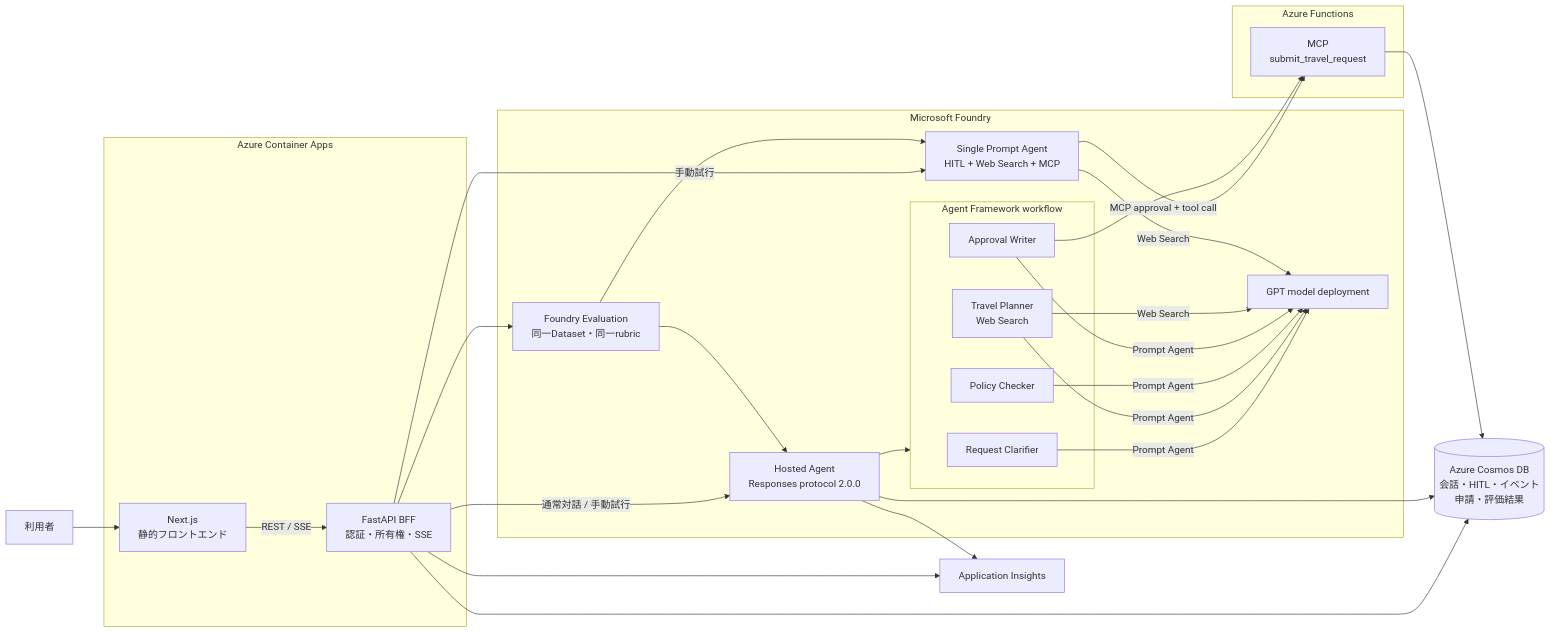
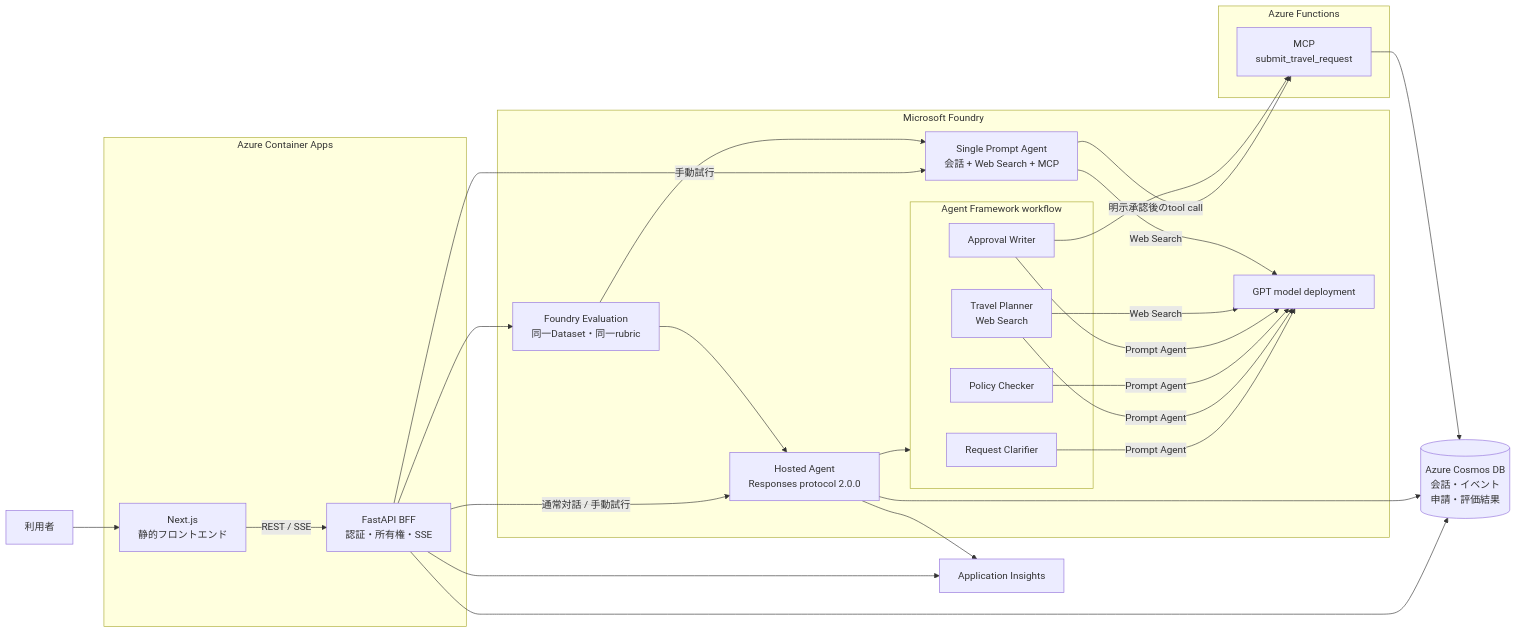
Before and after one commit to teshi22/grobal_azure_demo: the first of 2 diagrams in README.md, drawn with Mermaid. The commit also changed other lines of this file and 13 other files, not shown here.

Commit message:
refactor: keep prompt agent flow in Foundry

````diff
--- a/README.md
+++ b/README.md
@@ -11,47 +11,47 @@
 ```mermaid
 flowchart LR
     User["利用者"]
 
     subgraph CA["Azure Container Apps"]
         Web["Next.js<br/>静的フロントエンド"]
         BFF["FastAPI BFF<br/>認証・所有権・SSE"]
     end
 
     subgraph Foundry["Microsoft Foundry"]
         Host["Hosted Agent<br/>Responses protocol 2.0.0"]
         subgraph AF["Agent Framework workflow"]
             Clarifier["Request Clarifier"]
             Planner["Travel Planner<br/>Web Search"]
             Policy["Policy Checker"]
             Writer["Approval Writer"]
         end
-        Single["Single Prompt Agent<br/>HITL + Web Search + MCP"]
+        Single["Single Prompt Agent<br/>会話 + Web Search + MCP"]
         Evaluation["Foundry Evaluation<br/>同一Dataset・同一rubric"]
         Model["GPT model deployment"]
     end
 
     subgraph Function["Azure Functions"]
         MCP["MCP<br/>submit_travel_request"]
     end
 
-    Cosmos[("Azure Cosmos DB<br/>会話・HITL・イベント<br/>申請・評価結果")]
+    Cosmos[("Azure Cosmos DB<br/>会話・イベント<br/>申請・評価結果")]
     Insights["Application Insights"]
 
     User --> Web
     Web -->|"REST / SSE"| BFF
     BFF -->|"通常対話 / 手動試行"| Host
     BFF -->|"手動試行"| Single
     Host --> AF
     Clarifier & Planner & Policy & Writer -->|"Prompt Agent"| Model
     Planner -->|"Web Search"| Model
     BFF --> Evaluation
     Evaluation --> Host
     Evaluation --> Single
     Single -->|"Web Search"| Model
-    Single -->|"MCP approval + tool call"| MCP
+    Single -->|"明示承認後のtool call"| MCP
     Writer --> MCP
     BFF --> Cosmos
     Host --> Cosmos
     MCP --> Cosmos
     BFF & Host --> Insights
 ```
````
